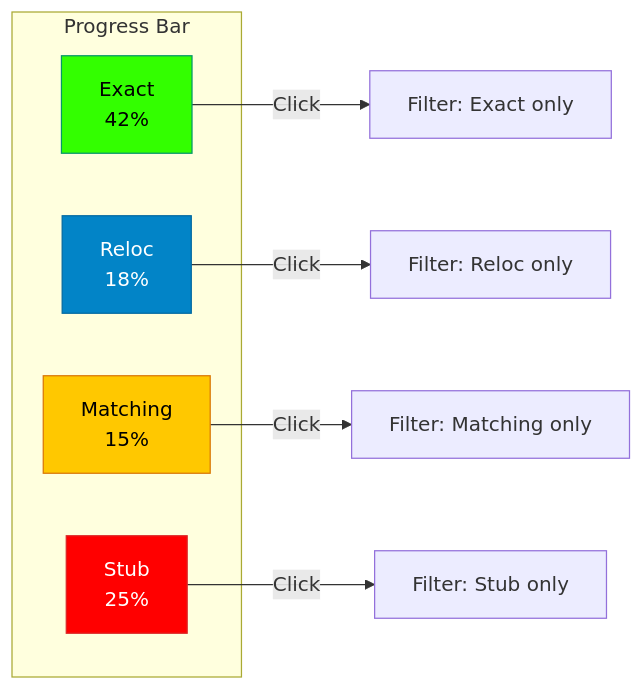
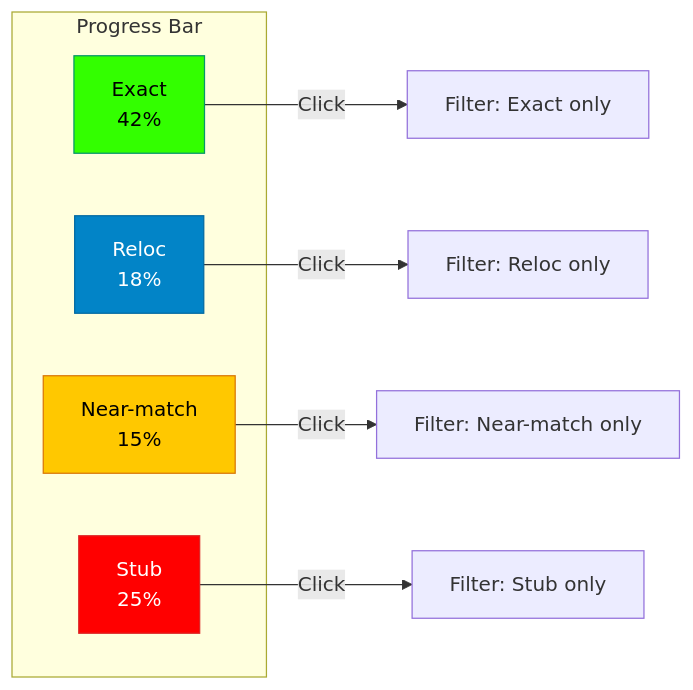
Before and after one commit to maci0/recoverage: the eighth of 17 diagrams in docs/USER_STORIES.md, drawn with Mermaid. The commit also changed other lines of this file and 1 other file, not shown here.

First line of the commit message:
docs: align status names with SPA (near_match), drop data/thunk filters

````diff
--- a/docs/USER_STORIES.md
+++ b/docs/USER_STORIES.md
@@ -242,19 +242,19 @@
 ```mermaid
 graph LR
     subgraph "Progress Bar"
         E["Exact<br/>42%"]
         R["Reloc<br/>18%"]
-        M["Matching<br/>15%"]
+        M["Near-match<br/>15%"]
         S["Stub<br/>25%"]
     end
 
     E -->|Click| FE["Filter: Exact only"]
     R -->|Click| FR["Filter: Reloc only"]
-    M -->|Click| FM["Filter: Matching only"]
+    M -->|Click| FM["Filter: Near-match only"]
     S -->|Click| FS["Filter: Stub only"]
 
     style E fill:#33ff00,stroke:#059669,color:#000
     style R fill:#0284c7,stroke:#0369a1,color:#fff
     style M fill:#ffc800,stroke:#d97706,color:#000
     style S fill:#ff0000,stroke:#dc2626,color:#fff
 ```
````
